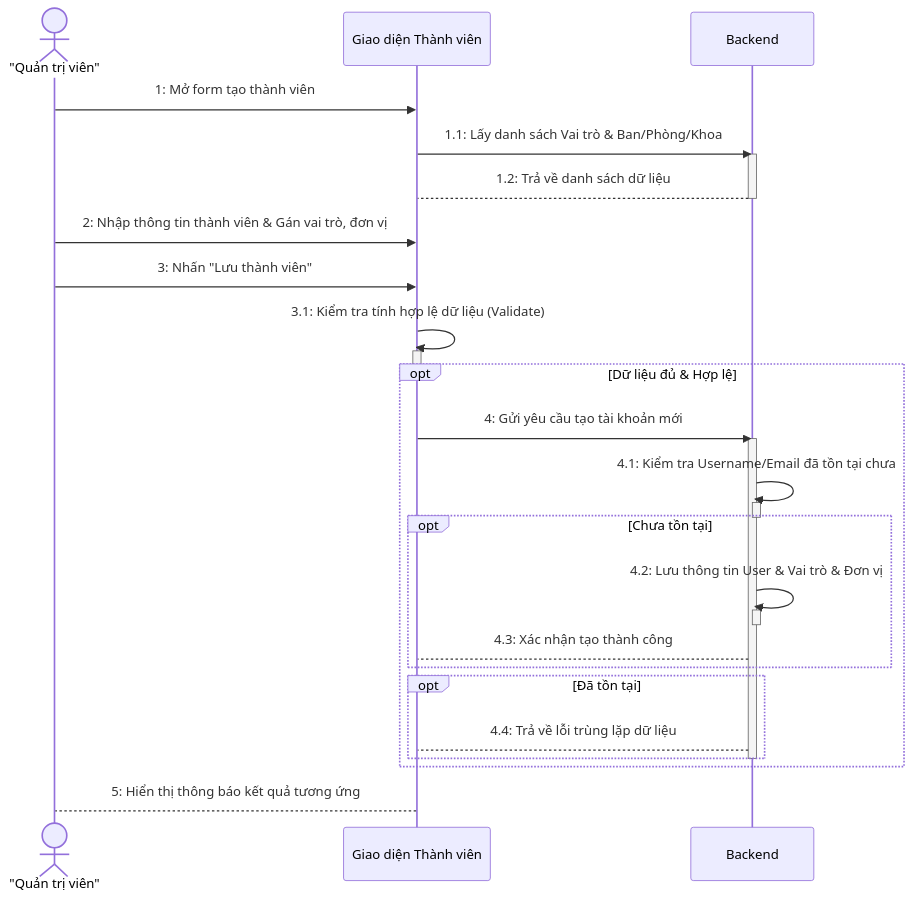
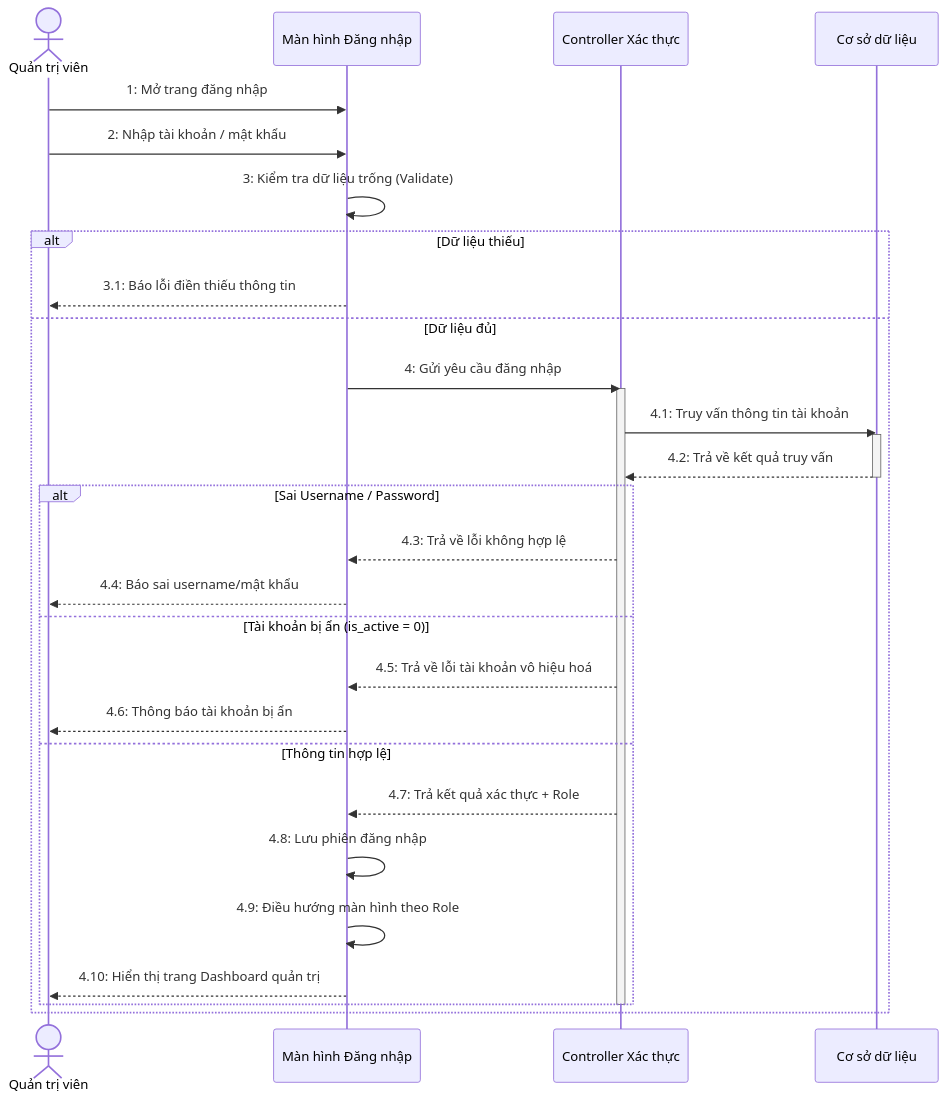
One commit to Trangkmt/lcd-website changed the first of 12 diagrams in docs/Sequence_Diagrams.md. Above: the diagram before and after it, drawn with Mermaid. The commit also changed other lines of this file and 47 other files, not shown here.

````diff
--- a/docs/Sequence_Diagrams.md
+++ b/docs/Sequence_Diagrams.md
@@ -9,41 +10,37 @@
 ```mermaid
 sequenceDiagram
-    actor A as "Quản trị viên"
-    participant B as Giao diện Thành viên
-    participant BE as Backend
+    actor A as Quản trị viên
+    participant G as Màn hình Đăng nhập
+    participant C as Controller Xác thực
+    participant D as Cơ sở dữ liệu
     
-    A->>B: 1: Mở form tạo thành viên
-    B->>BE: 1.1: Lấy danh sách Vai trò & Ban/Phòng/Khoa
-    activate BE
-    BE-->B: 1.2: Trả về danh sách dữ liệu
-    deactivate BE
+    A->>G: 1: Mở trang đăng nhập
+    A->>G: 2: Nhập tài khoản / mật khẩu
     
-    A->>B: 2: Nhập thông tin thành viên & Gán vai trò, đơn vị
-    A->>B: 3: Nhấn "Lưu thành viên"
+    G->>G: 3: Kiểm tra dữ liệu trống (Validate)
     
-    B->>B: 3.1: Kiểm tra tính hợp lệ dữ liệu (Validate)
-    activate B
-    deactivate B
-    
-    opt Dữ liệu đủ & Hợp lệ
-        B->>BE: 4: Gửi yêu cầu tạo tài khoản mới
-        activate BE
-        BE->>BE: 4.1: Kiểm tra Username/Email đã tồn tại chưa
-        activate BE
-        deactivate BE
+    alt Dữ liệu thiếu
+        G-->>A: 3.1: Báo lỗi điền thiếu thông tin
+    else Dữ liệu đủ
+        G->>C: 4: Gửi yêu cầu đăng nhập
+        activate C
+        C->>D: 4.1: Truy vấn thông tin tài khoản
+        activate D
+        D-->>C: 4.2: Trả về kết quả truy vấn
+        deactivate D
         
-        opt Chưa tồn tại
-            BE->>BE: 4.2: Lưu thông tin User & Vai trò & Đơn vị
-            activate BE
-            deactivate BE
-            BE-->B: 4.3: Xác nhận tạo thành công
+        alt Sai Username / Password
+            C-->>G: 4.3: Trả về lỗi không hợp lệ
+            G-->>A: 4.4: Báo sai username/mật khẩu
+        else Tài khoản bị ẩn (is_active = 0)
+            C-->>G: 4.5: Trả về lỗi tài khoản vô hiệu hoá
+            G-->>A: 4.6: Thông báo tài khoản bị ẩn
+        else Thông tin hợp lệ
+            C-->>G: 4.7: Trả kết quả xác thực + Role
+            G->>G: 4.8: Lưu phiên đăng nhập
+            G->>G: 4.9: Điều hướng màn hình theo Role
+            G-->>A: 4.10: Hiển thị trang Dashboard quản trị
         end
-        
-        opt Đã tồn tại
-            BE-->B: 4.4: Trả về lỗi trùng lặp dữ liệu
-        end
-        deactivate BE
+        deactivate C
     end
-    
-    B-->A: 5: Hiển thị thông báo kết quả tương ứng
 ```
````
